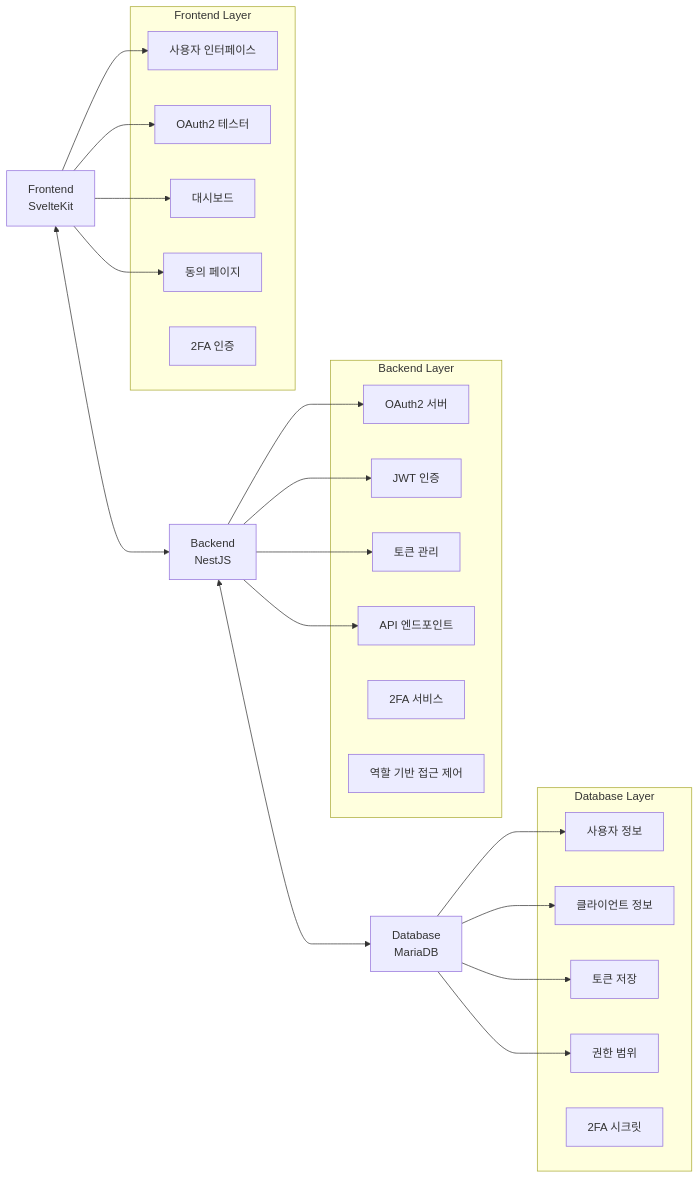
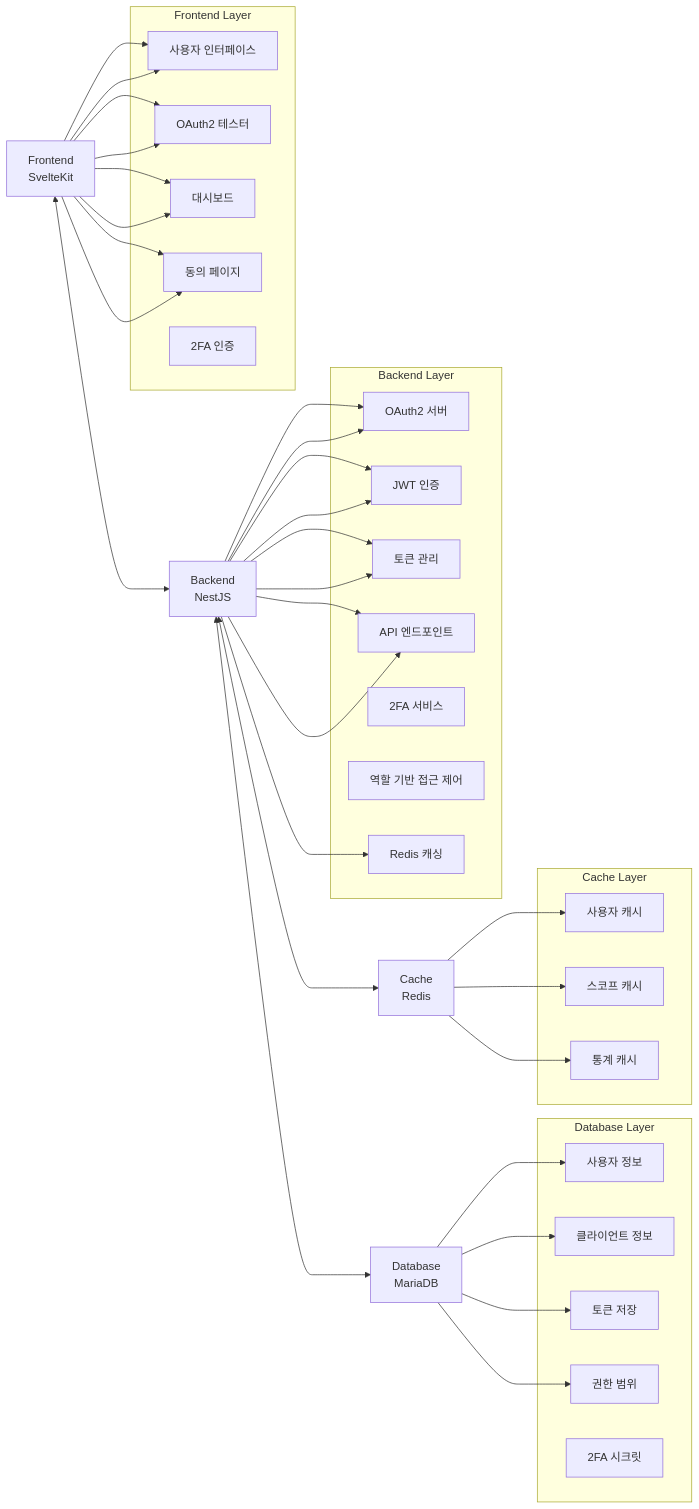
Before and after one commit to vientofactory/FlowAuth: the diagram in README.md, drawn with Mermaid. The commit also changed other lines of this file and 1 other file, not shown here.

Commit message:
Add Redis caching support and update MariaDB image version in Docker Compose

````diff
--- a/README.md
+++ b/README.md
@@ -32,49 +34,73 @@
 ```mermaid
 flowchart LR
    FE[Frontend<br/>SvelteKit]
    BE[Backend<br/>NestJS]
    DB[Database<br/>MariaDB]
+   REDIS[Cache<br/>Redis]
 
    FE <--> BE
    BE <--> DB
+   BE <--> REDIS
 
    subgraph "Frontend Layer"
       FE_UI[사용자 인터페이스]
       FE_Tester[OAuth2 테스터]
       FE_Dashboard[대시보드]
       FE_Consent[동의 페이지]
       FE_2FA[2FA 인증]
    end
 
    subgraph "Backend Layer"
       BE_OAuth2[OAuth2 서버]
       BE_JWT[JWT 인증]
       BE_Token[토큰 관리]
       BE_API[API 엔드포인트]
       BE_2FA[2FA 서비스]
       BE_RBAC[역할 기반 접근 제어]
+      BE_Cache[Redis 캐싱]
    end
 
    subgraph "Database Layer"
       DB_User[사용자 정보]
       DB_Client[클라이언트 정보]
       DB_Token[토큰 저장]
       DB_Scope[권한 범위]
       DB_2FA[2FA 시크릿]
    end
 
    FE --> FE_UI
    FE --> FE_Tester
    FE --> FE_Dashboard
    FE --> FE_Consent
 
    BE --> BE_OAuth2
    BE --> BE_JWT
    BE --> BE_Token
    BE --> BE_API
 
+   subgraph "Cache Layer"
+      CACHE_User[사용자 캐시]
+      CACHE_Scope[스코프 캐시]
+      CACHE_Stats[통계 캐시]
+   end
+
+   FE --> FE_UI
+   FE --> FE_Tester
+   FE --> FE_Dashboard
+   FE --> FE_Consent
+
+   BE --> BE_OAuth2
+   BE --> BE_JWT
+   BE --> BE_Token
+   BE --> BE_API
+   BE --> BE_Cache
+
    DB --> DB_User
    DB --> DB_Client
    DB --> DB_Token
    DB --> DB_Scope
+
+   REDIS --> CACHE_User
+   REDIS --> CACHE_Scope
+   REDIS --> CACHE_Stats
 ```
````
